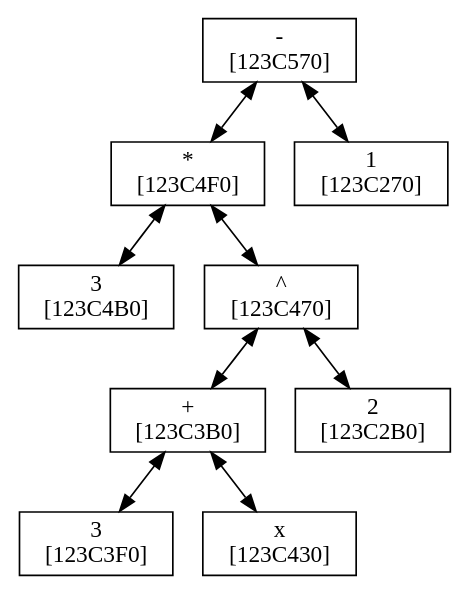
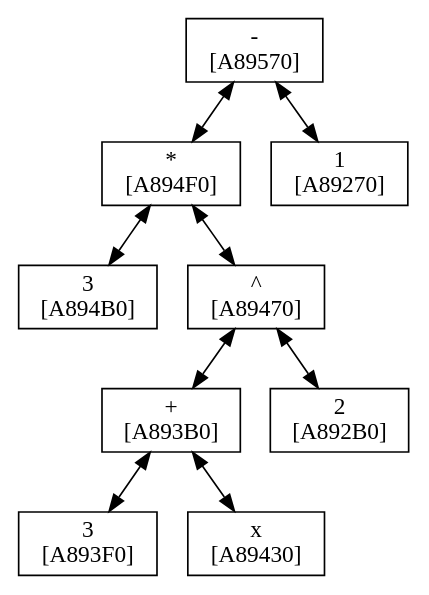
Before and after one commit to isgerasin/1sem: the diagram in Differ/Debug/graph_tree2.gv, drawn with Graphviz. The commit also changed 88 other files, not shown here.

```diff
--- a/Differ/Debug/graph_tree2.gv
+++ b/Differ/Debug/graph_tree2.gv
@@ -1,28 +1,28 @@
 digraph Tree
 {
 	node[shape = polygon]; edge[dir=both];
 	"-
-[123C570]"->"*
-[123C4F0]"
+[A89570]"->"*
+[A894F0]"
 	"*
-[123C4F0]"->"3
-[123C4B0]"
+[A894F0]"->"3
+[A894B0]"
 	"*
-[123C4F0]"->"^
-[123C470]"
+[A894F0]"->"^
+[A89470]"
 	"^
-[123C470]"->"+
-[123C3B0]"
+[A89470]"->"+
+[A893B0]"
 	"+
-[123C3B0]"->"3
-[123C3F0]"
+[A893B0]"->"3
+[A893F0]"
 	"+
-[123C3B0]"->"x
-[123C430]"
+[A893B0]"->"x
+[A89430]"
 	"^
-[123C470]"->"2
-[123C2B0]"
+[A89470]"->"2
+[A892B0]"
 	"-
-[123C570]"->"1
-[123C270]"
+[A89570]"->"1
+[A89270]"
 }
```
